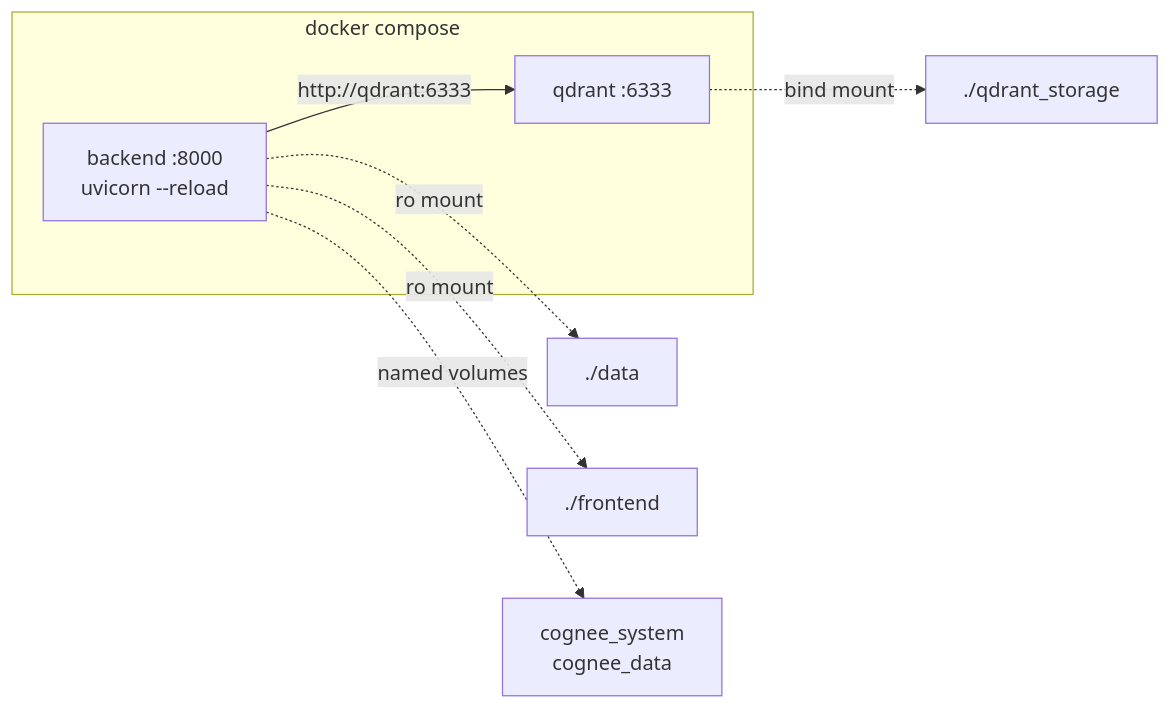
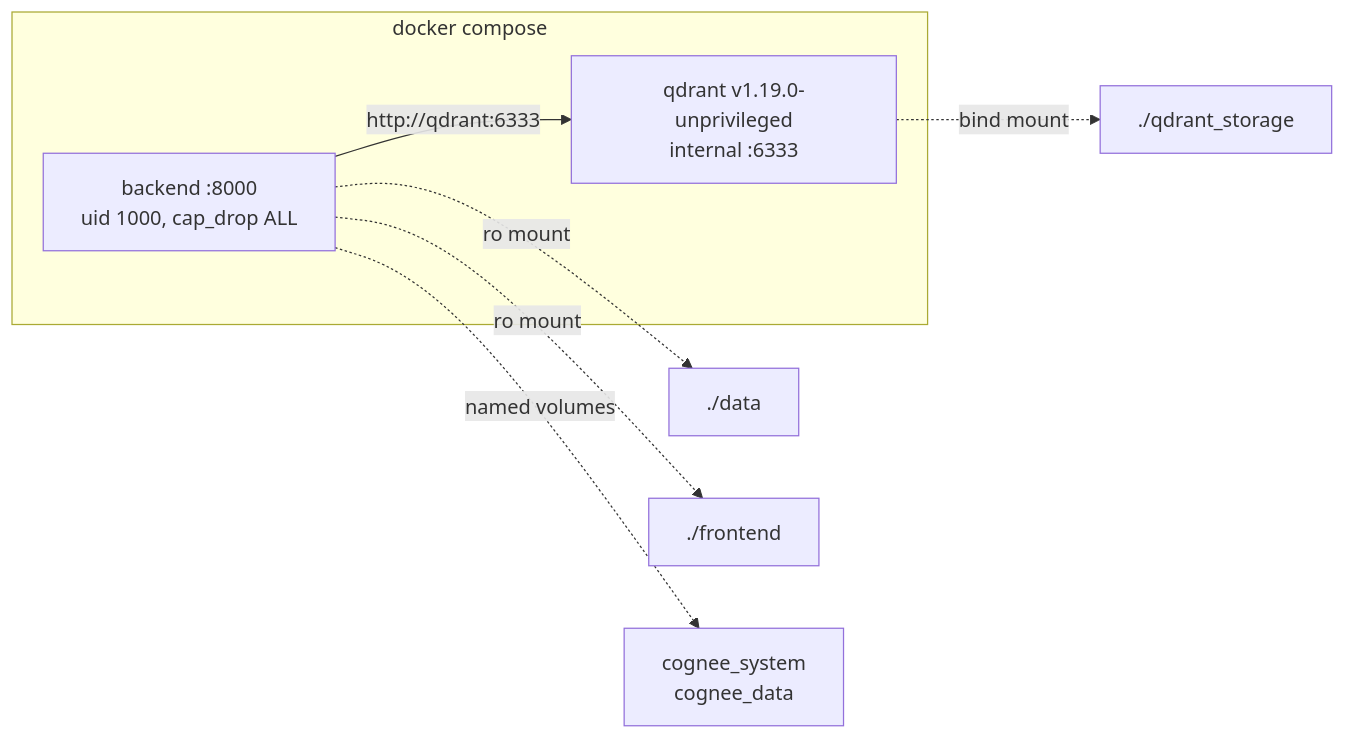
The second of 2 diagrams in README.md (Soussi-Aymen/slack-memory-sentinel), drawn with Mermaid before and after one commit. The commit also changed other lines of this file and 15 other files, not shown here.

````diff
--- a/README.md
+++ b/README.md
@@ -35,12 +35,12 @@
 ```mermaid
 flowchart LR
   subgraph compose [docker compose]
-    Backend["backend :8000<br/>uvicorn --reload"]
-    QdrantSvc["qdrant :6333"]
+    Backend["backend :8000<br/>uid 1000, cap_drop ALL"]
+    QdrantSvc["qdrant v1.19.0-unprivileged<br/>internal :6333"]
   end
   Backend -->|"http://qdrant:6333"| QdrantSvc
   QdrantSvc -.->|bind mount| Storage["./qdrant_storage"]
   Backend -.->|"ro mount"| DataDir["./data"]
   Backend -.->|"ro mount"| FrontDir["./frontend"]
   Backend -.->|named volumes| Vols["cognee_system<br/>cognee_data"]
 ```
````
